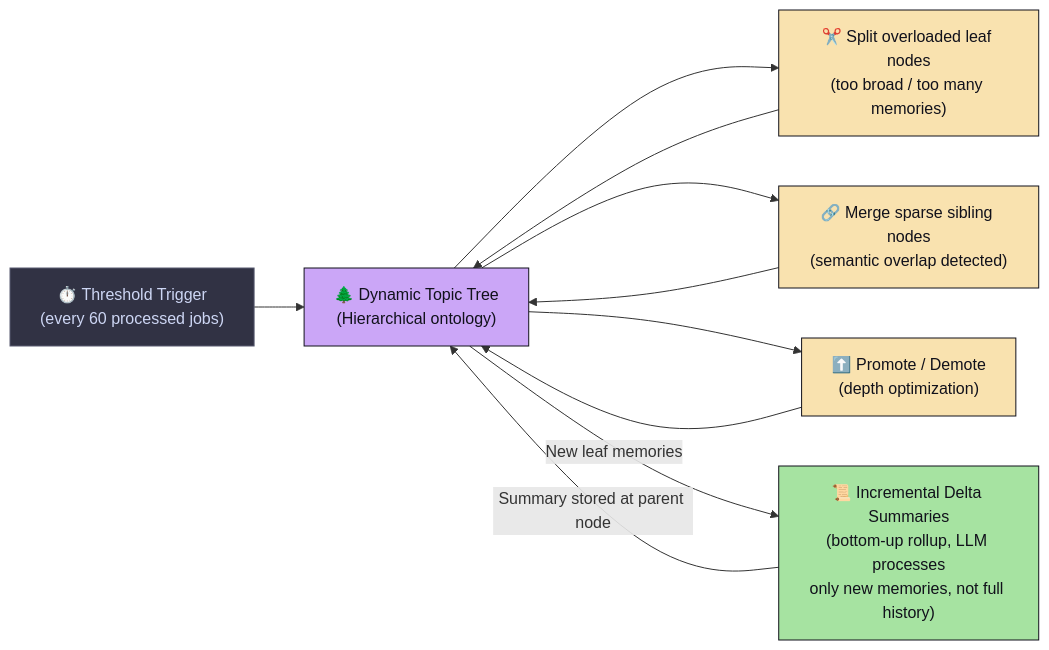
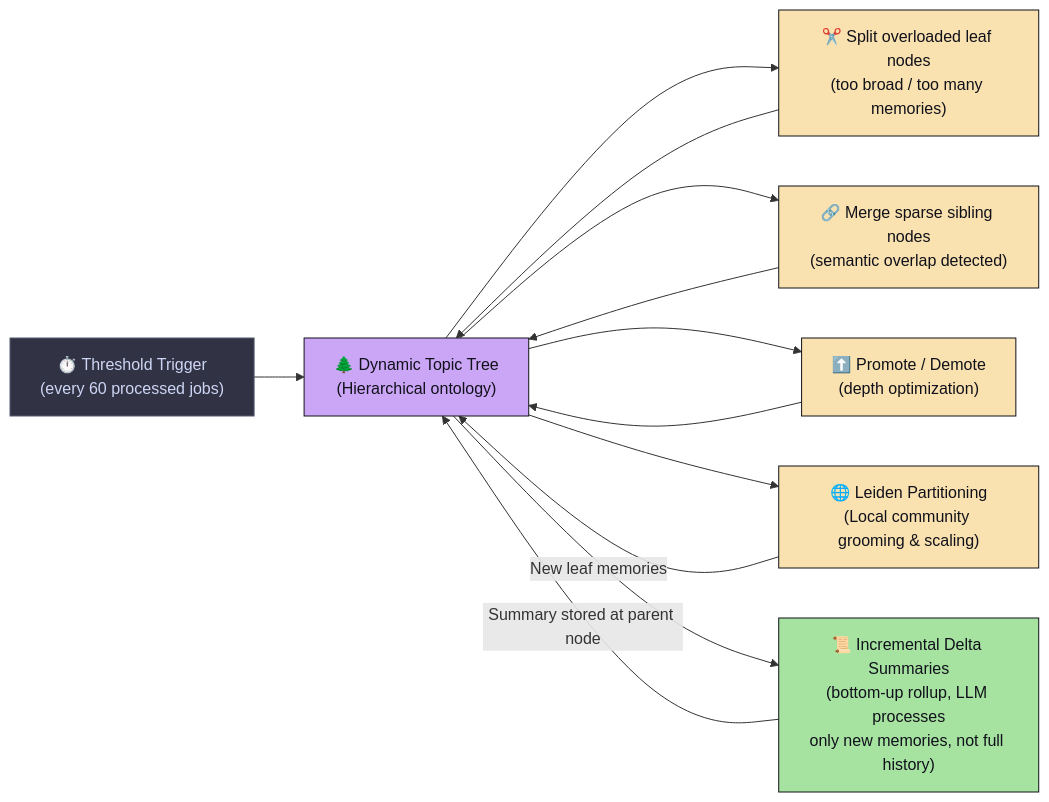
The second of 3 diagrams in README.md (faisalhussain-devs/MindCache), drawn with Mermaid before and after one commit. The commit also changed other lines of this file and 3 other files, not shown here.

````diff
--- a/README.md
+++ b/README.md
@@ -91,23 +92,24 @@
 ```mermaid
 flowchart LR
     classDef tree     fill:#cba6f7,color:#11111b,stroke:#11111b
     classDef reorg    fill:#f9e2af,color:#11111b,stroke:#11111b
     classDef summary  fill:#a6e3a1,color:#11111b,stroke:#11111b
     classDef trigger  fill:#313244,color:#cdd6f4,stroke:#585b70
 
     T["🌲 Dynamic Topic Tree\n(Hierarchical ontology)"]:::tree
 
     R1["✂️ Split overloaded leaf nodes\n(too broad / too many memories)"]:::reorg
     R2["🔗 Merge sparse sibling nodes\n(semantic overlap detected)"]:::reorg
     R3["⬆️ Promote / Demote\n(depth optimization)"]:::reorg
+    R4["🌐 Leiden Partitioning\n(Local community grooming & scaling)"]:::reorg
 
     S["📜 Incremental Delta Summaries\n(bottom-up rollup, LLM processes\nonly new memories, not full history)"]:::summary
 
     TH["⏱️ Threshold Trigger\n(every 60 processed jobs)"]:::trigger
 
     TH --> T
-    T --> R1 & R2 & R3
-    R1 & R2 & R3 --> T
+    T --> R1 & R2 & R3 & R4
+    R1 & R2 & R3 & R4 --> T
     T -- "New leaf memories" --> S
     S -- "Summary stored at parent node" --> T
 ```
````
